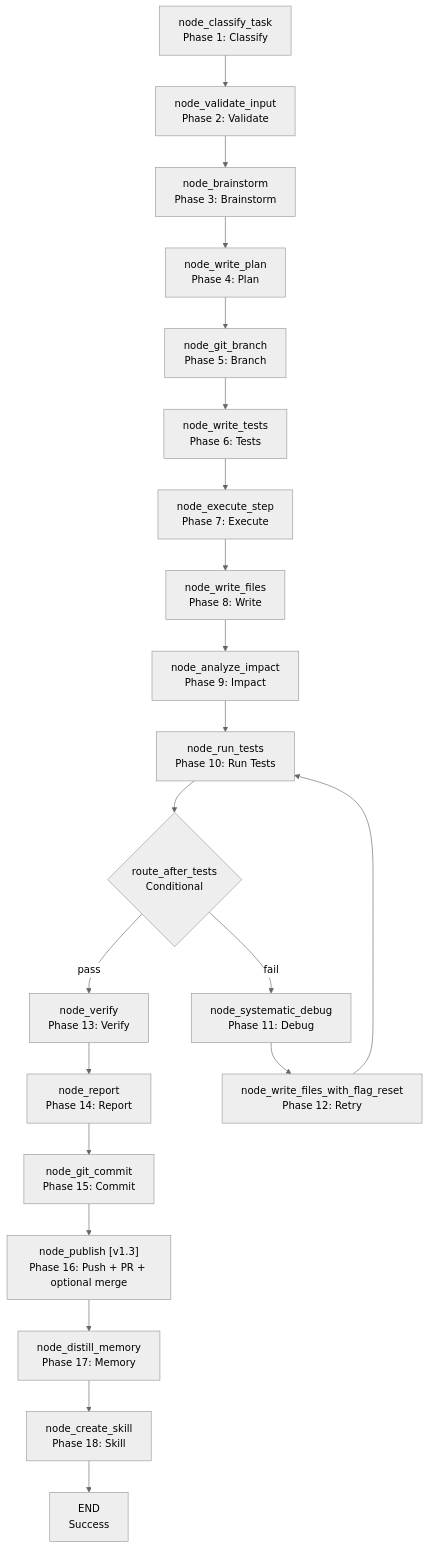
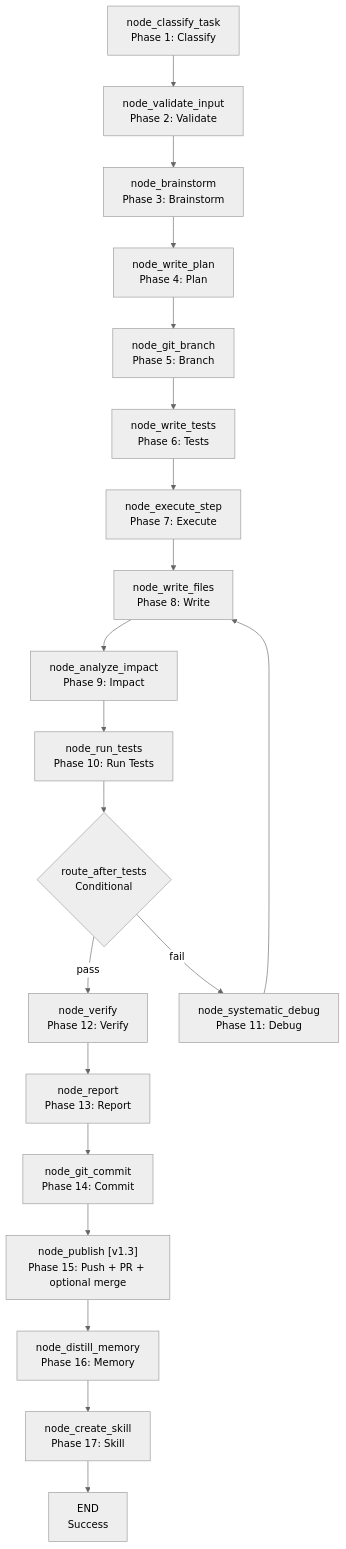
The diagram in docs/workflows/autocode/ARCHITECTURE.md (brunogcar/agent), drawn with Mermaid (neutral theme) before and after one commit. The commit also changed other lines of this file and 21 other files, not shown here.

````diff
--- a/docs/workflows/autocode/ARCHITECTURE.md
+++ b/docs/workflows/autocode/ARCHITECTURE.md
@@ -89,23 +88,22 @@
 ```mermaid
 graph TD
     A["node_classify_task<br/>Phase 1: Classify"] --> B["node_validate_input<br/>Phase 2: Validate"]
     B --> C["node_brainstorm<br/>Phase 3: Brainstorm"]
     C --> D["node_write_plan<br/>Phase 4: Plan"]
     D --> E["node_git_branch<br/>Phase 5: Branch"]
     E --> F["node_write_tests<br/>Phase 6: Tests"]
     F --> G["node_execute_step<br/>Phase 7: Execute"]
     G --> H["node_write_files<br/>Phase 8: Write"]
     H --> I["node_analyze_impact<br/>Phase 9: Impact"]
     I --> J["node_run_tests<br/>Phase 10: Run Tests"]
     J --> K{"route_after_tests<br/>Conditional"}
-    K -->|pass| L["node_verify<br/>Phase 13: Verify"]
+    K -->|pass| L["node_verify<br/>Phase 12: Verify"]
     K -->|fail| M["node_systematic_debug<br/>Phase 11: Debug"]
-    M --> N["node_write_files_with_flag_reset<br/>Phase 12: Retry"]
-    N --> J
-    L --> O["node_report<br/>Phase 14: Report"]
-    O --> P["node_git_commit<br/>Phase 15: Commit"]
-    P --> PP["node_publish [v1.3]<br/>Phase 16: Push + PR + optional merge"]
-    PP --> Q["node_distill_memory<br/>Phase 17: Memory"]
-    Q --> R["node_create_skill<br/>Phase 18: Skill"]
+    M --> H
+    L --> O["node_report<br/>Phase 13: Report"]
+    O --> P["node_git_commit<br/>Phase 14: Commit"]
+    P --> PP["node_publish [v1.3]<br/>Phase 15: Push + PR + optional merge"]
+    PP --> Q["node_distill_memory<br/>Phase 16: Memory"]
+    Q --> R["node_create_skill<br/>Phase 17: Skill"]
     R --> S["END<br/>Success"]
 ```
````
